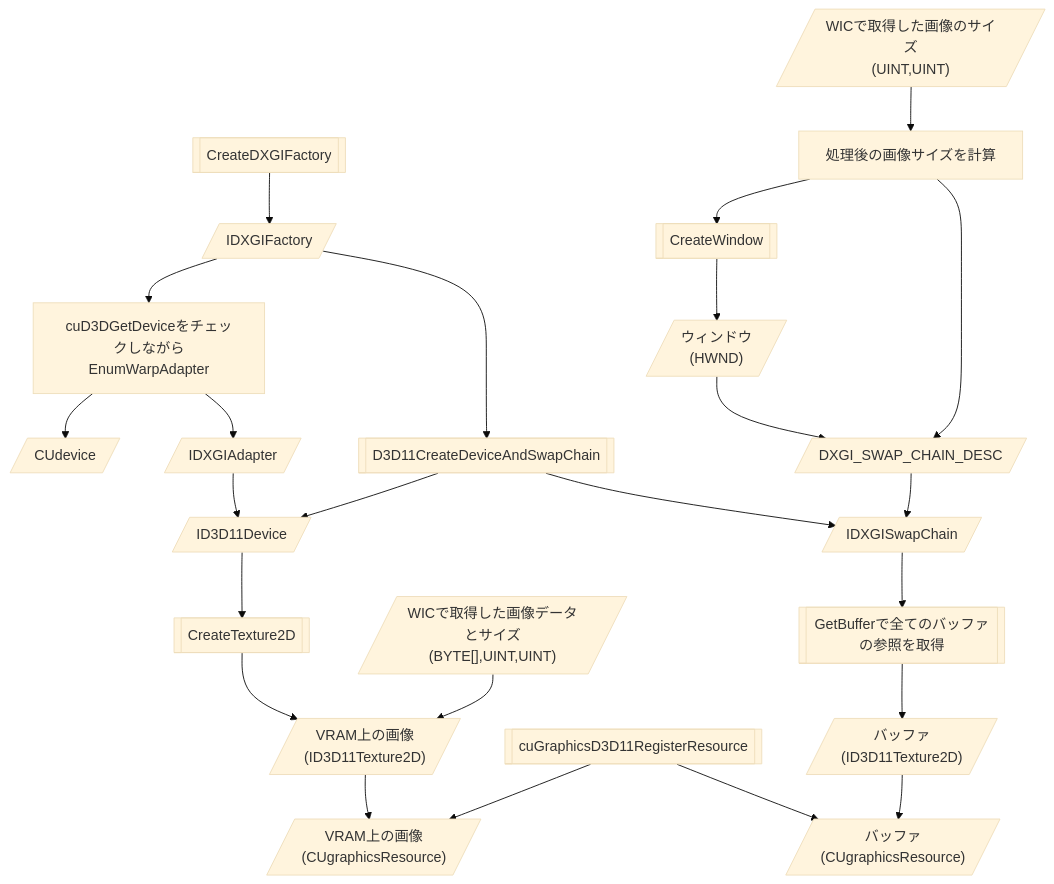
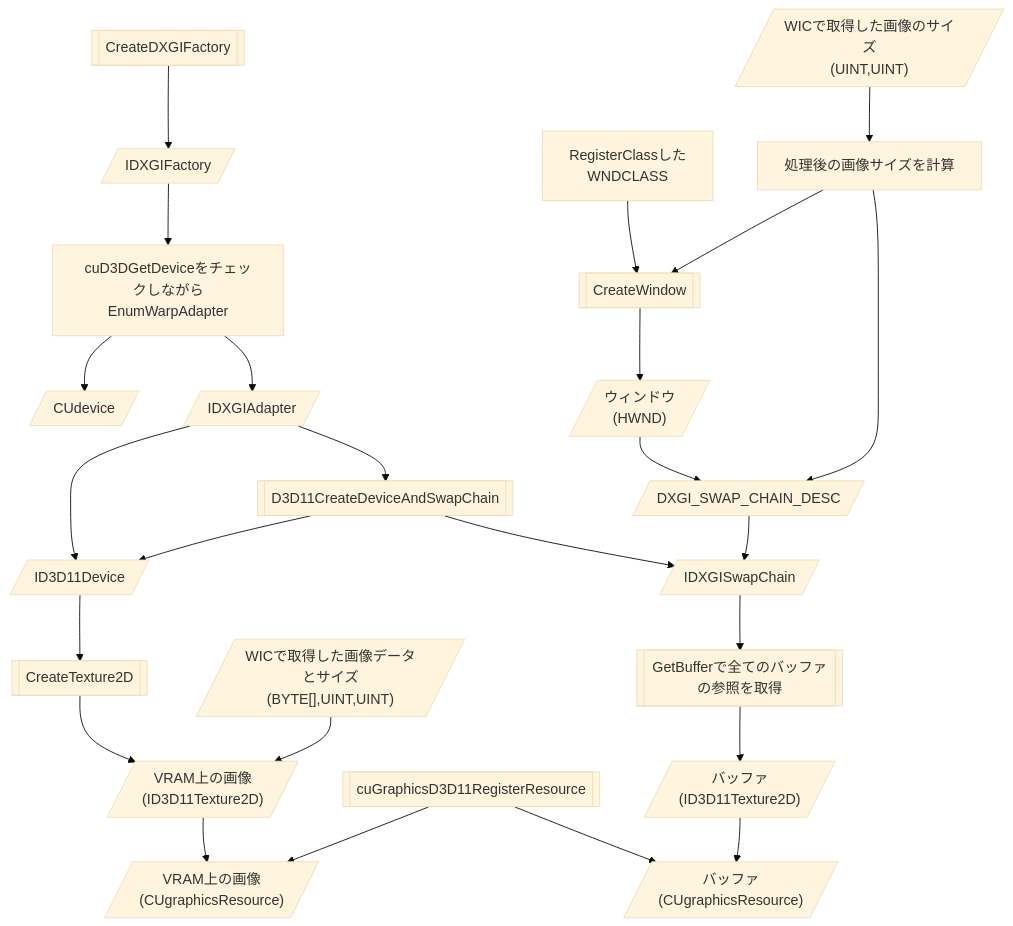
The third of 5 diagrams in README.md (t3HyperParallel/ReportGPGPU), drawn with Mermaid (base theme) before and after one commit. The commit also changed other lines of this file and 1 other file, not shown here.

````diff
--- a/README.md
+++ b/README.md
@@ -89,21 +90,22 @@
 ```mermaid
 graph TD
   CreateDXGIFactory[[CreateDXGIFactory]]-->IDXGIFactory[/"IDXGIFactory"/]
   
   IDXGIFactory-->EnumWarpAdapter["cuD3DGetDeviceをチェックしながら<br/>EnumWarpAdapter"]-->CUdevice[/"CUdevice"/] & IDXGIAdapter[/"IDXGIAdapter"/]
   IDXGIAdapter-->ID3D11Device
   
-  IDXGIFactory-->D3D11CreateDeviceAndSwapChain[[D3D11CreateDeviceAndSwapChain]]-->ID3D11Device[/"ID3D11Device"/] & IDXGISwapChain[/"IDXGISwapChain"/]
+  IDXGIAdapter-->D3D11CreateDeviceAndSwapChain[[D3D11CreateDeviceAndSwapChain]]-->ID3D11Device[/"ID3D11Device"/] & IDXGISwapChain[/"IDXGISwapChain"/]
   
+  RegisterClass["RegisterClassした<br/>WNDCLASS"]-->CreateWindow
   imageSize[/"WICで取得した画像のサイズ<br/>(UINT,UINT)"/]-->calcImageSize["処理後の画像サイズを計算"]
   calcImageSize-->CreateWindow[["CreateWindow"]]-->HWND[/"ウィンドウ<br/>(HWND)"/]
   calcImageSize & HWND-->DXGI_SWAP_CHAIN_DESC[/"DXGI_SWAP_CHAIN_DESC"/]-->IDXGISwapChain
   
   ID3D11Device[/"ID3D11Device"/]-->ID3D11Device.CreateTexture2D[["CreateTexture2D"]]
   rawImage[/"WICで取得した画像データとサイズ<br/>(BYTE[],UINT,UINT)"/]
   rawImage & ID3D11Device.CreateTexture2D-->ID3D11Texture2D[/"VRAM上の画像<br/>(ID3D11Texture2D)"/]
   ID3D11Texture2D & cuGraphicsD3D11RegisterResource[["cuGraphicsD3D11RegisterResource"]]-->sourceCUgraphicsResource[/"VRAM上の画像<br/>(CUgraphicsResource)"/]
   
   IDXGISwapChain-->IDXGISwapChain.GetBuffer[["GetBufferで全てのバッファの参照を取得"]]-->buffers[/"バッファ<br/>(ID3D11Texture2D)"/]
   cuGraphicsD3D11RegisterResource & buffers-->targetCUgraphicsResource[/"バッファ<br/>(CUgraphicsResource)"/]
 ```
````
